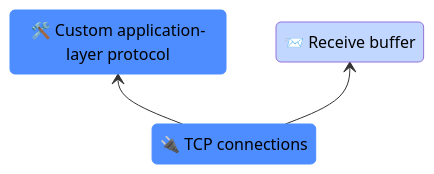
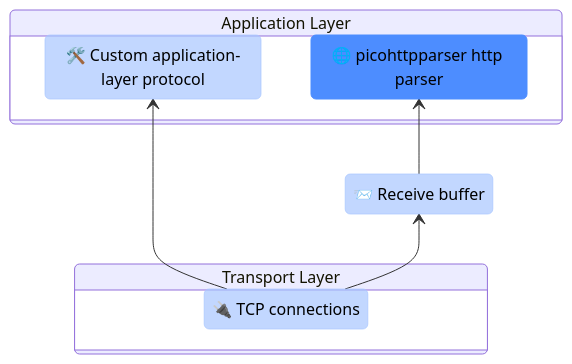
Before and after one commit to L0bstr/clawnet: the diagram in README.md, drawn with Mermaid. The commit also changed other lines of this file and 2 other files, not shown here.

````diff
--- a/README.md
+++ b/README.md
@@ -21,18 +21,30 @@
 ```mermaid
 stateDiagram-v2
     direction BT
 
     state "🔌 TCP connections" as tcp
+    state "📨 Receive buffer" as recv_buffer
     state "🛠️ Custom application-layer protocol" as custom_app_prot
-    state "📨 Receive buffer" as recv_buffer
+    state "🌐 picohttpparser http parser" as picohttpparser
+
+    state "Application Layer" as application_layer {
+        custom_app_prot
+        picohttpparser
+    }
+
+    state "Transport Layer" as transport_layer {
+        tcp
+    }
 
     tcp --> custom_app_prot
     tcp --> recv_buffer
+    recv_buffer --> picohttpparser
 
-    classDef highlight fill:#4D8DFF, stroke:#4D8DFF, color:#000
-    classDef normal fill:#A9C7FFB3, stroke:#, color:#000
+    classDef current fill:#4D8DFF, stroke:#4D8DFF, color:#000
+    classDef normal fill:#A9C7FFB3, stroke:#A9C7FFB3, color:#000
 
-    class tcp highlight
-    class custom_app_prot highlight
+    class tcp normal
     class recv_buffer normal
+    class custom_app_prot normal
+    class picohttpparser current
 ```
````
